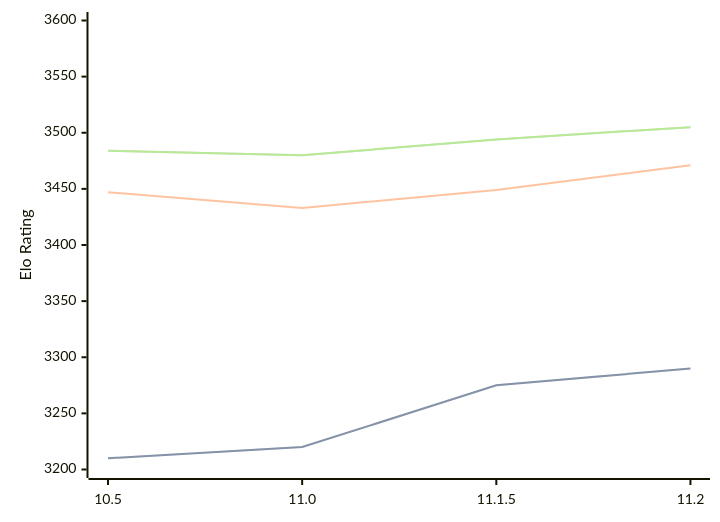
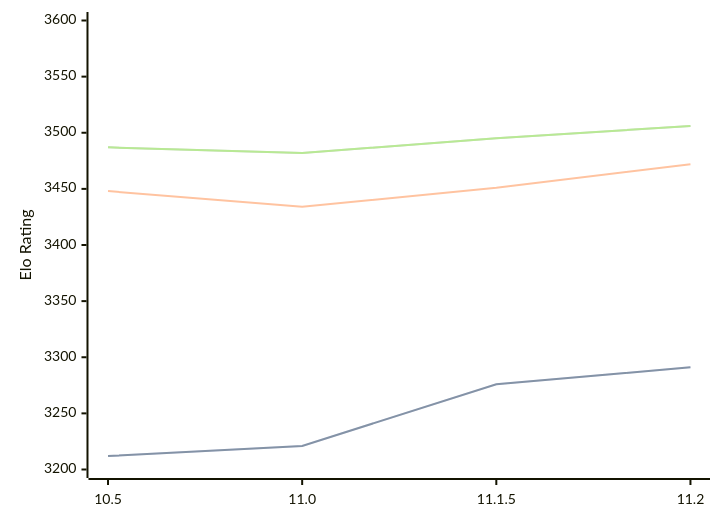
Before and after one commit to computer-chess-index/cci: the diagram in engines/Lizard.md, drawn with Mermaid. The commit also changed other lines of this file, not shown here.

Commit message:
Update CCI Ratings (ELO VLTC) - 2026-08-15

````diff
--- a/engines/Lizard.md
+++ b/engines/Lizard.md
@@ -34,11 +34,11 @@
 ```mermaid
 %%{init: {"theme":"base","themeVariables":{"seriesColors:['#a3a3a3','#222221','#faa371']}}}%%
 xychart-beta
   x-axis ["10.5", "11.0", "11.1.5", "11.2"]
   y-axis "Elo Rating" 3200 --> 3600
-  line "STC (8.0+0.08s)" [3210, 3220, 3275, 3290]
-  line "STC (8.0+0.08s)" [3210, 3220, 3275, 3290]
-  line "LTC (60.0+0.60s)" [3447, 3433, 3449, 3471]
-  line "VLTC (2m24s+1.12s)" [3484, 3480, 3494, 3505]
-  line "VLTC (2m24s+1.12s)" [3484, 3480, 3494, 3505]
+  line "STC (8.0+0.08s)" [3212, 3221, 3276, 3291]
+  line "STC (8.0+0.08s)" [3212, 3221, 3276, 3291]
+  line "LTC (60.0+0.60s)" [3448, 3434, 3451, 3472]
+  line "VLTC (2m24s+1.12s)" [3487, 3482, 3495, 3506]
+  line "VLTC (2m24s+1.12s)" [3487, 3482, 3495, 3506]
 ```
````
